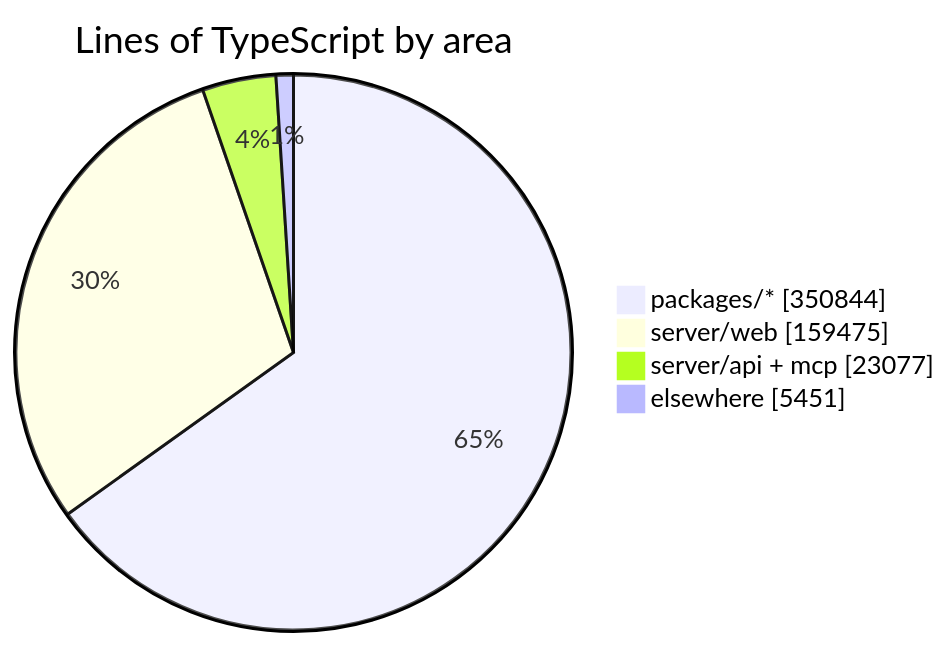
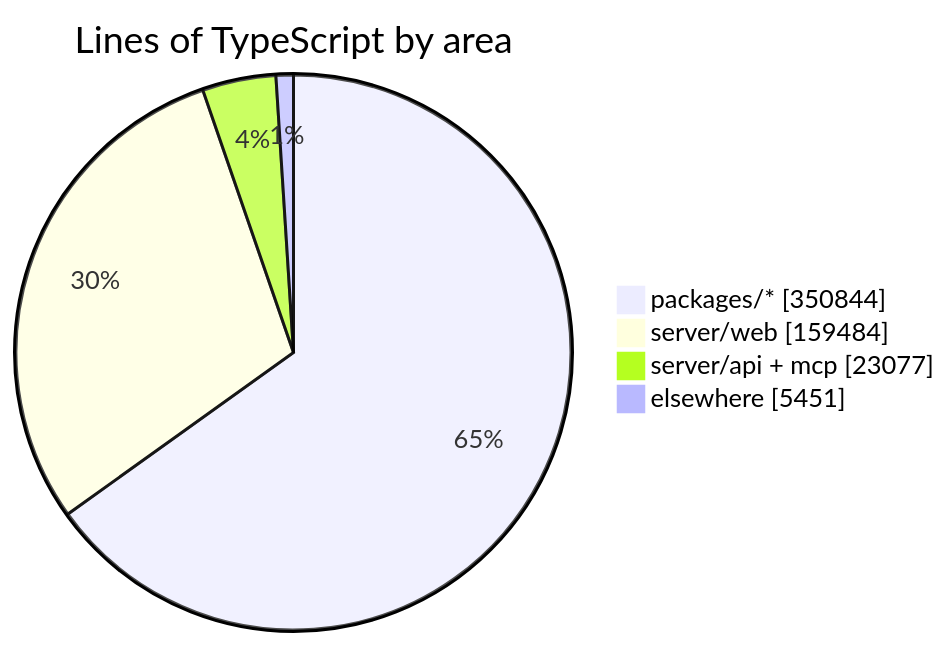
One commit to crossworks-engineering/mantle changed the diagram in README.md. Above: the diagram before and after it, drawn with Mermaid. The commit also changed other lines of this file and 2 other files, not shown here.

````diff
--- a/README.md
+++ b/README.md
@@ -294,7 +294,7 @@
 ```mermaid
 pie showData title Lines of TypeScript by area
     "packages/*" : 350844
-    "server/web" : 159475
+    "server/web" : 159484
     "server/api + mcp" : 23077
     "elsewhere" : 5451
 ```
````
